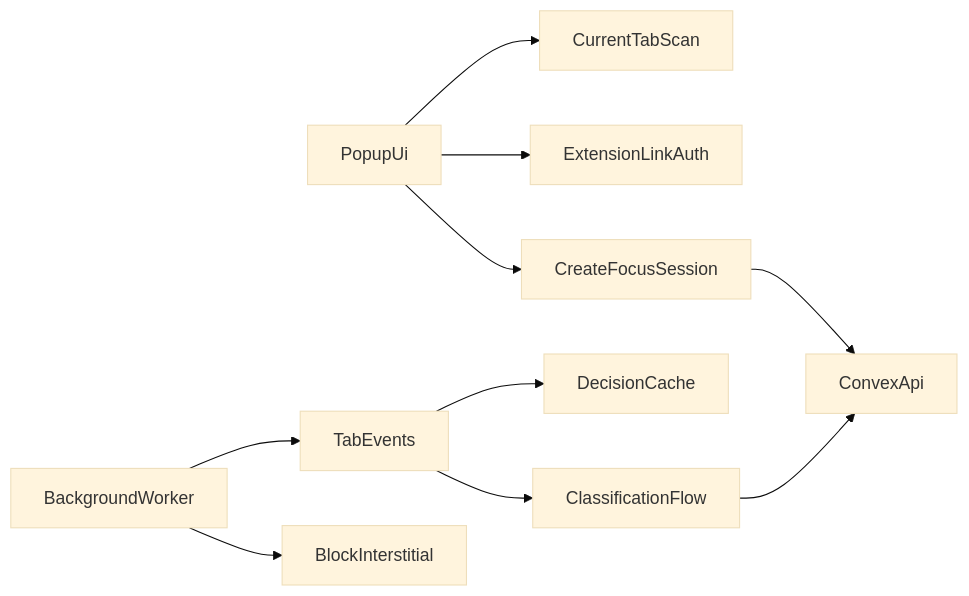
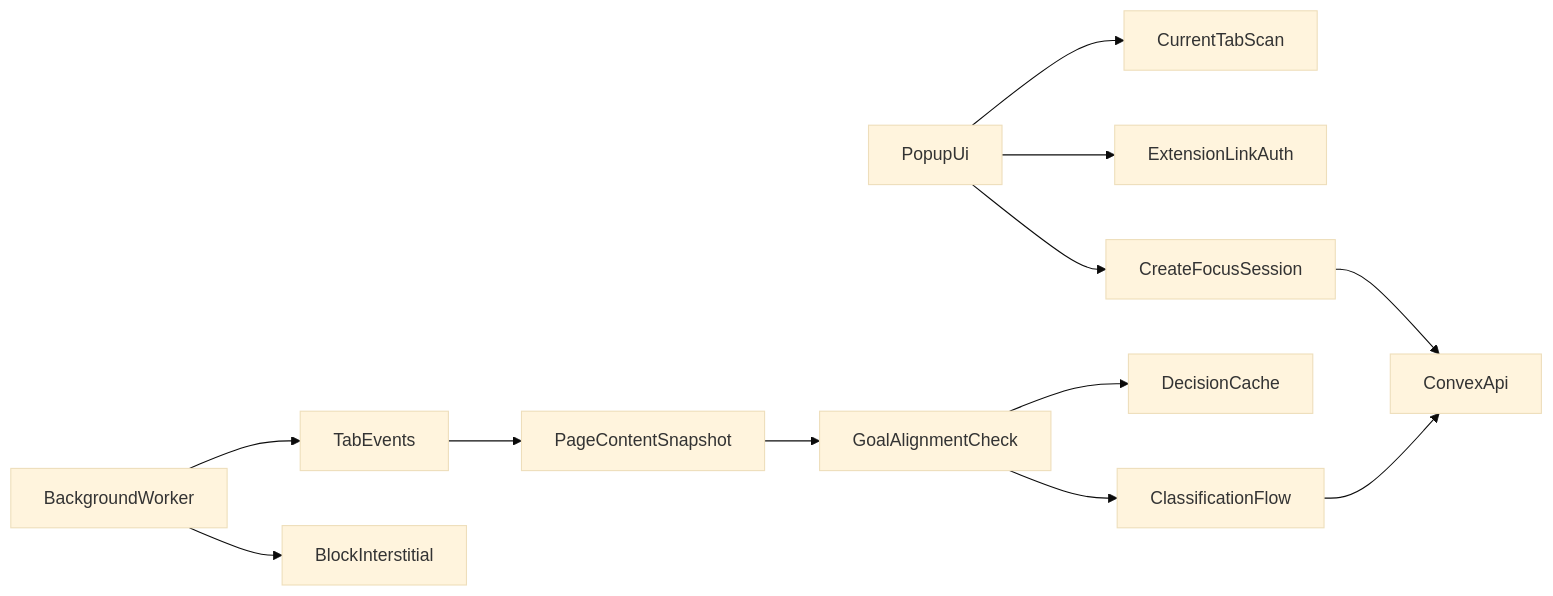
One commit to Syed-Ahmed02/lcs-hackathon changed the diagram in extension/extension-plan.md. Above: the diagram before and after it, drawn with Mermaid (base theme). The commit also changed other lines of this file and 86 other files, not shown here.

````diff
--- a/extension/extension-plan.md
+++ b/extension/extension-plan.md
@@ -16,12 +18,14 @@
 ```mermaid
 flowchart LR
   popupUi[PopupUi] --> tabScan[CurrentTabScan]
   popupUi --> extensionAuth[ExtensionLinkAuth]
   popupUi --> sessionCreate[CreateFocusSession]
   sessionCreate --> convexApi[ConvexApi]
   backgroundWorker[BackgroundWorker] --> tabEvents[TabEvents]
-  tabEvents --> decisionCache[DecisionCache]
-  tabEvents --> classifyFlow[ClassificationFlow]
+  tabEvents --> pageContent[PageContentSnapshot]
+  pageContent --> goalAlign[GoalAlignmentCheck]
+  goalAlign --> decisionCache[DecisionCache]
+  goalAlign --> classifyFlow[ClassificationFlow]
   classifyFlow --> convexApi
   backgroundWorker --> blockPage[BlockInterstitial]
 ```
````
